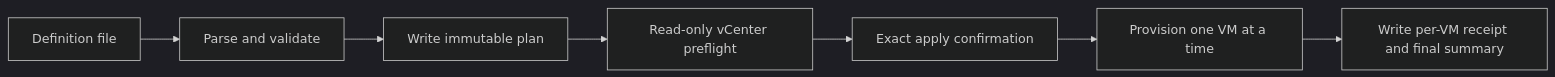
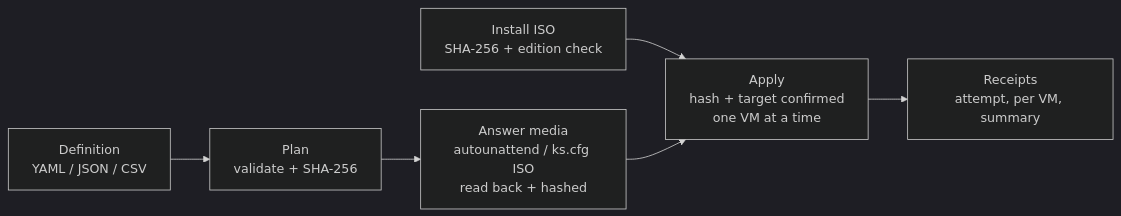
The diagram in README.md (mikedopp/Multi_Install_ISO), drawn with Mermaid (dark theme) before and after one commit. The commit also changed other lines of this file and 149 other files, not shown here.

````diff
--- a/README.md
+++ b/README.md
@@ -49,9 +9,8 @@
 ```mermaid
 flowchart LR
-    A["Definition file"] --> B["Parse and validate"]
-    B --> C["Write immutable plan"]
-    C --> D["Read-only vCenter preflight"]
-    D --> E["Exact apply confirmation"]
-    E --> F["Provision one VM at a time"]
-    F --> G["Write per-VM receipt and final summary"]
+    A["Definition<br/>YAML / JSON / CSV"] --> B["Plan<br/>validate + SHA-256"]
+    B --> C["Answer media<br/>autounattend / ks.cfg ISO<br/>read back + hashed"]
+    I["Install ISO<br/>SHA-256 + edition check"] --> D
+    C --> D["Apply<br/>hash + target confirmed<br/>one VM at a time"]
+    D --> E["Receipts<br/>attempt, per VM, summary"]
 ```
````
